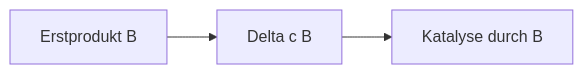
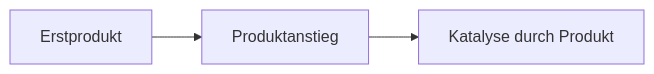
One commit to jochen-hanisch/research changed the second of 3 diagrams in Systemtheorie/Reflexion.md. Above: the diagram before and after it, drawn with Mermaid. The commit also changed other lines of this file, not shown here.

Commit message:
Verbesserung der Klarheit und Präzision in der Darstellung von Reflexionsoperationen durch Anpassung von Diagrammen und Formulierungen in der Analyse biologischer Systeme.

````diff
--- a/Systemtheorie/Reflexion.md
+++ b/Systemtheorie/Reflexion.md
@@ -175,5 +175,5 @@
 ```mermaid
 flowchart LR
-    P0[Erstprodukt B] --> FB[Delta c B]
-    FB --> R[Katalyse durch B]
+    P0[Erstprodukt] --> FB[Produktanstieg]
+    FB --> R[Katalyse durch Produkt]
 ```
````
